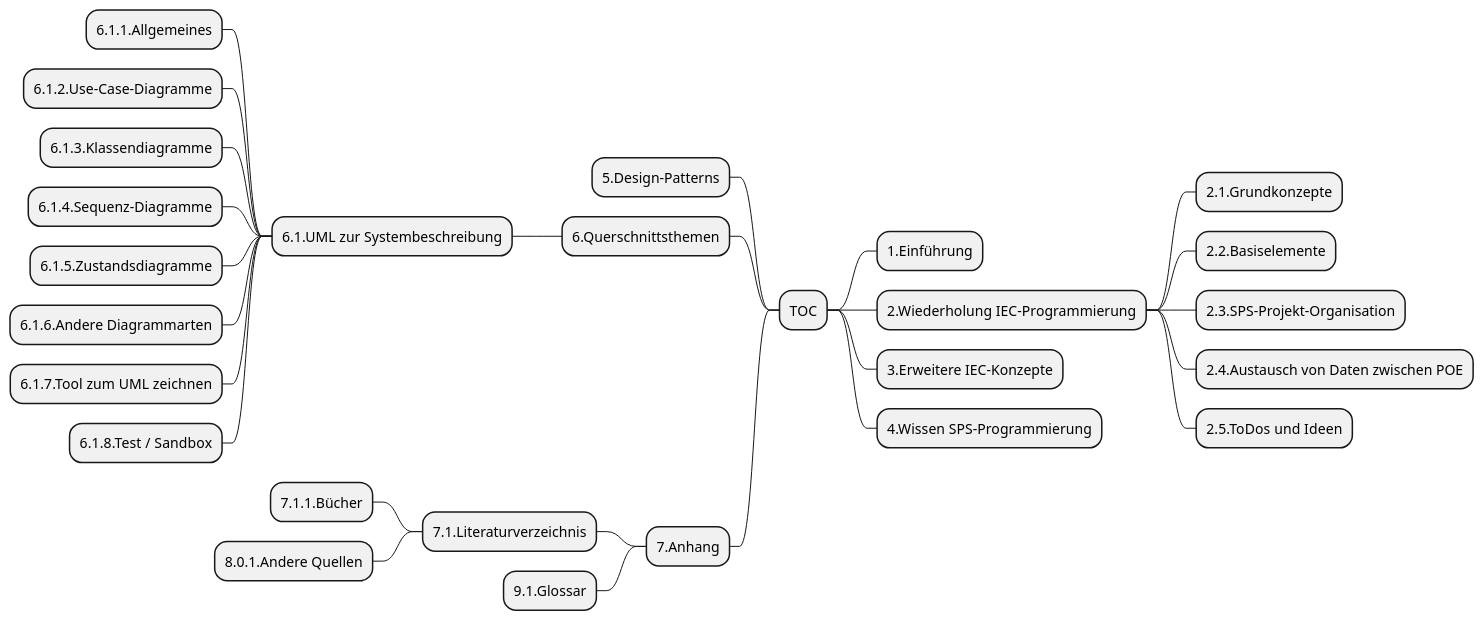
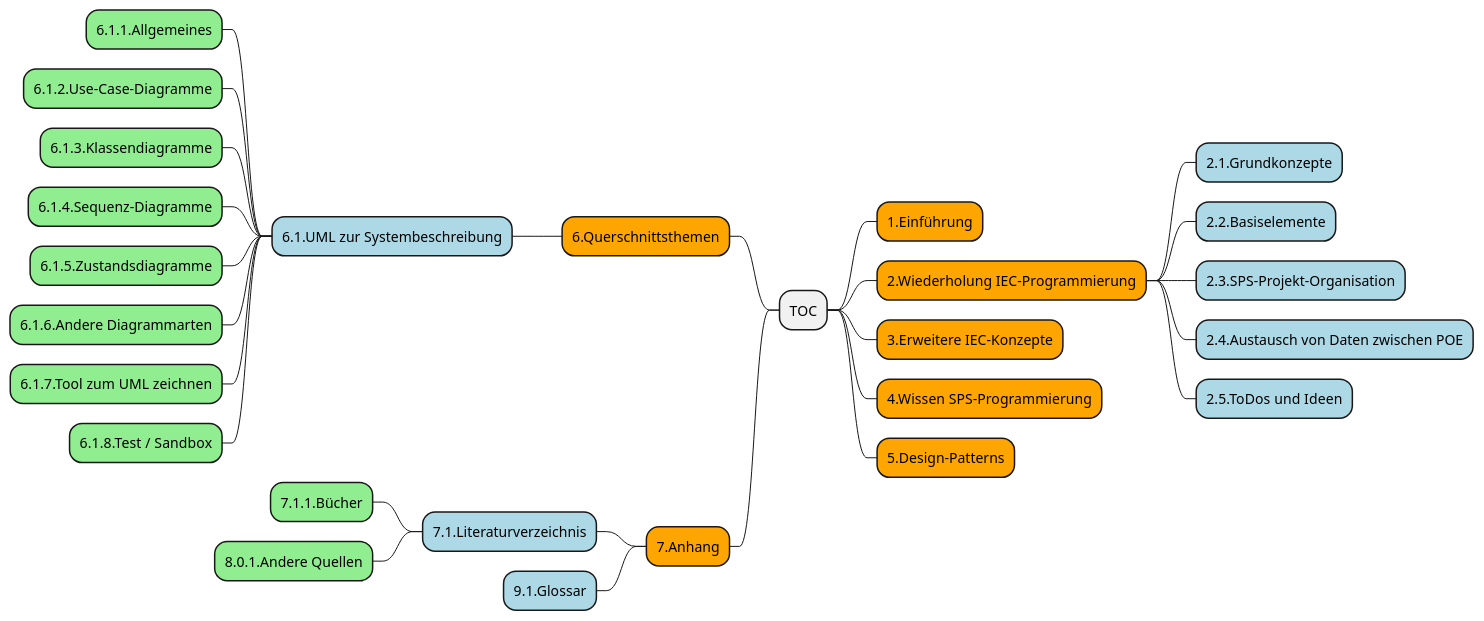
Before and after one commit to profAW/toc2mm: the diagram in example-toc-mm.plantuml, drawn with PlantUML. The commit also changed 2 other files, not shown here.

```diff
--- a/example-toc-mm.plantuml
+++ b/example-toc-mm.plantuml
@@ -1,29 +1,29 @@
 @startmindmap
 * TOC
-** 1.Einführung
-** 2.Wiederholung IEC-Programmierung
-*** 2.1.Grundkonzepte
-*** 2.2.Basiselemente
-*** 2.3.SPS-Projekt-Organisation
-*** 2.4.Austausch von Daten zwischen POE
-*** 2.5.ToDos und Ideen
-** 3.Erweitere IEC-Konzepte
-** 4.Wissen SPS-Programmierung
+**[#Orange] 1.Einführung
+**[#Orange] 2.Wiederholung IEC-Programmierung
+***[#lightblue] 2.1.Grundkonzepte
+***[#lightblue] 2.2.Basiselemente
+***[#lightblue] 2.3.SPS-Projekt-Organisation
+***[#lightblue] 2.4.Austausch von Daten zwischen POE
+***[#lightblue] 2.5.ToDos und Ideen
+**[#Orange] 3.Erweitere IEC-Konzepte
+**[#Orange] 4.Wissen SPS-Programmierung
+**[#Orange] 5.Design-Patterns
 left side
-** 5.Design-Patterns
-** 6.Querschnittsthemen
-*** 6.1.UML zur Systembeschreibung
-**** 6.1.1.Allgemeines
-**** 6.1.2.Use-Case-Diagramme
-**** 6.1.3.Klassendiagramme
-**** 6.1.4.Sequenz-Diagramme
-**** 6.1.5.Zustandsdiagramme
-**** 6.1.6.Andere Diagrammarten
-**** 6.1.7.Tool zum UML zeichnen
-**** 6.1.8.Test / Sandbox
-** 7.Anhang
-*** 7.1.Literaturverzeichnis
-**** 7.1.1.Bücher
-**** 8.0.1.Andere Quellen
-*** 9.1.Glossar
+**[#Orange] 6.Querschnittsthemen
+***[#lightblue] 6.1.UML zur Systembeschreibung
+****[#lightgreen] 6.1.1.Allgemeines
+****[#lightgreen] 6.1.2.Use-Case-Diagramme
+****[#lightgreen] 6.1.3.Klassendiagramme
+****[#lightgreen] 6.1.4.Sequenz-Diagramme
+****[#lightgreen] 6.1.5.Zustandsdiagramme
+****[#lightgreen] 6.1.6.Andere Diagrammarten
+****[#lightgreen] 6.1.7.Tool zum UML zeichnen
+****[#lightgreen] 6.1.8.Test / Sandbox
+**[#Orange] 7.Anhang
+***[#lightblue] 7.1.Literaturverzeichnis
+****[#lightgreen] 7.1.1.Bücher
+****[#lightgreen] 8.0.1.Andere Quellen
+***[#lightblue] 9.1.Glossar
 @endmindmap
```
